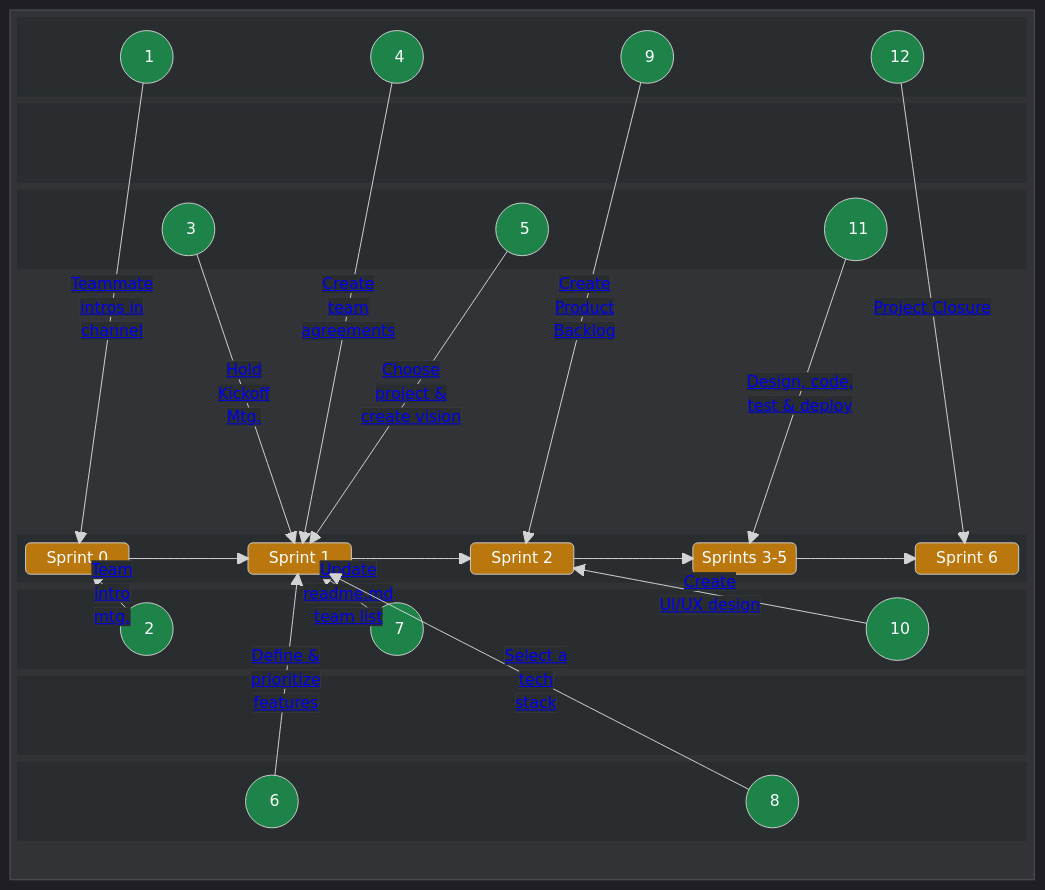
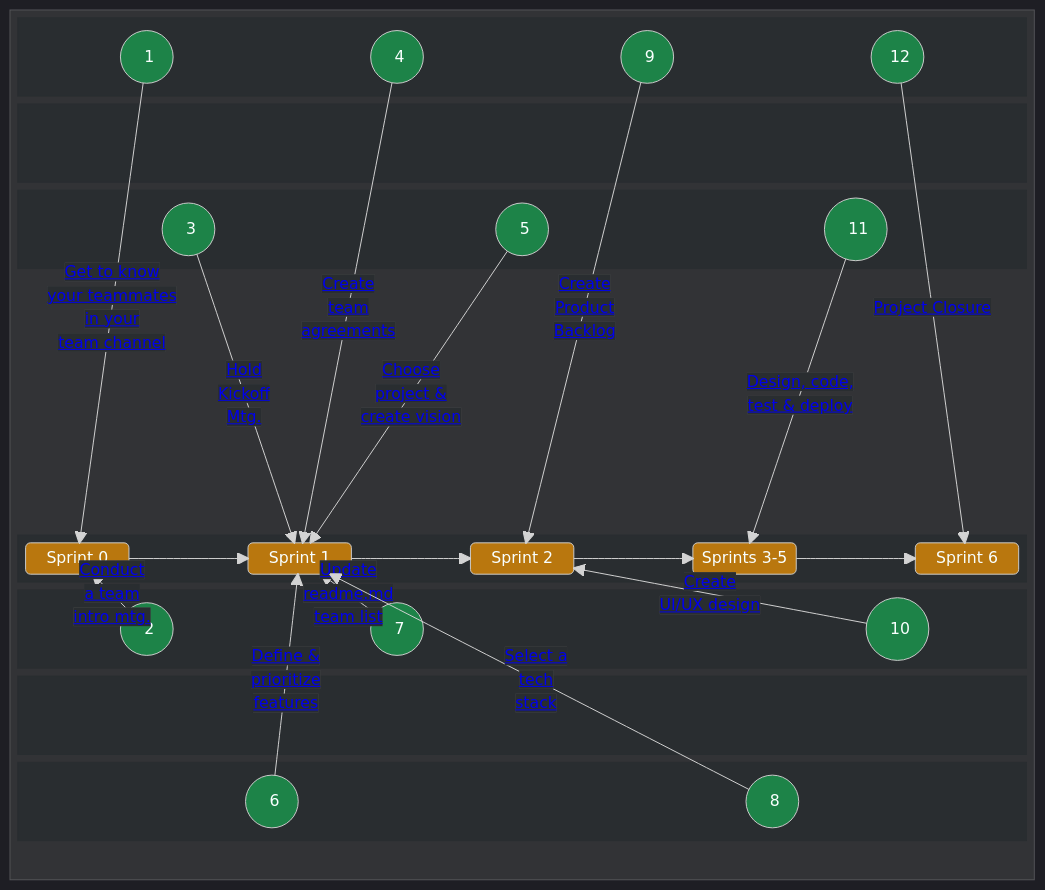
The first of 2 diagrams in docs/guides/voyage/voyage.md (chingu-voyages/Handbook), drawn with Mermaid before and after one commit.

Commit message:
Feature: Define Sprint 0 details [WIP]

```diff
--- a/docs/guides/voyage/voyage.md
+++ b/docs/guides/voyage/voyage.md
@@ -124,8 +124,8 @@
         A8(("&nbsp;&nbsp;&nbsp; 8 &nbsp;&nbsp;"))
       end      
 
-      A1 -- "<a style="background-color:#292d30" href="https://github.com/chingu-voyages/Handbook/blob/main/docs/guides/voyage/voyage.md#1-meet-your-team--schedule-kickoff-meeting-">Teammate</br>intros in</br>channel</a>" --> SPRINT0
-      A2 -- "<a style="background-color:#292d30" href="https://github.com/chingu-voyages/Handbook/blob/main/docs/guides/voyage/voyage.md#2-team-meeting-">Team</br>intro</br>mtg.</a>" --> SPRINT0
+      A1 -- "<a style="background-color:#292d30" href="https://github.com/chingu-voyages/Handbook/blob/main/docs/guides/voyage/voyage.md#1-meet-your-team--schedule-kickoff-meeting-">Get to know</br>your teammates</br>in your</br>team channel</a>" --> SPRINT0
+      A2 -- "<a style="background-color:#292d30" href="https://github.com/chingu-voyages/Handbook/blob/main/docs/guides/voyage/voyage.md#2-team-meeting-">Conduct</br>a team</br>intro mtg.</a>" --> SPRINT0
       A3 -- "<a style="background-color:#292d30" href="https://github.com/chingu-voyages/Handbook/blob/main/docs/guides/voyage/voyage.md#3-conduct-kickoff-meeting-">Hold</br>Kickoff</br>Mtg.</a>" --> SPRINT1
       A4 -- "<a style="background-color:#292d30" href="https://github.com/chingu-voyages/Handbook/blob/main/docs/guides/voyage/voyage.md#4-setup-your-teams-working-agreements-">Create</br>team</br>agreements" --> SPRINT1
       A5 -- "<a style="background-color:#292d30" href="https://github.com/chingu-voyages/Handbook/blob/main/docs/guides/voyage/voyage.md#5-choose-a-project--create-a-vision-statement-">Choose</br>project &</br>create vision</a>" --> SPRINT1
```
